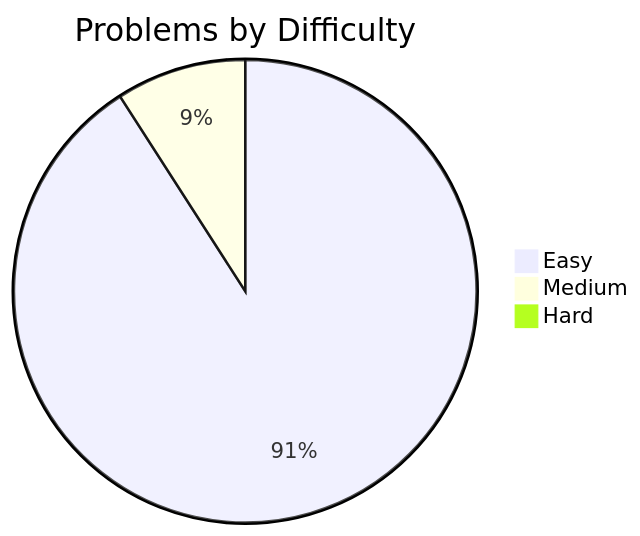
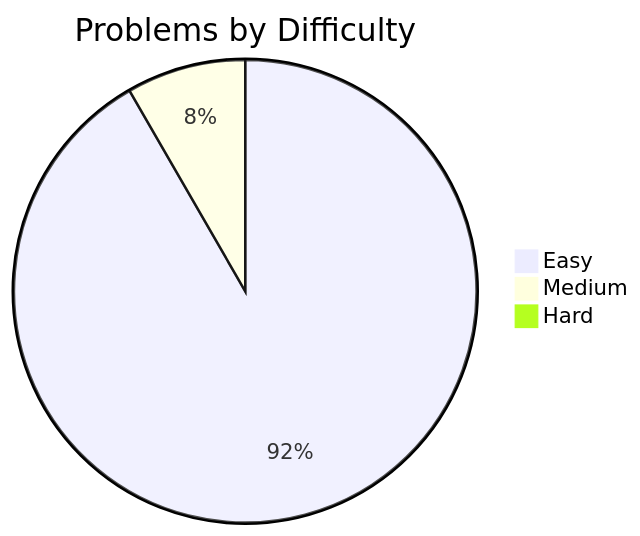
Before and after one commit to davelin18yufan/leetcode-journal: the diagram in README.md, drawn with Mermaid. The commit also changed other lines of this file and 1 other file, not shown here.

````diff
--- a/README.md
+++ b/README.md
@@ -9,7 +9,7 @@
 ```mermaid
 pie
     title Problems by Difficulty
-    "Easy" : 10
+    "Easy" : 11
     "Medium" : 1
     "Hard" : 0
 ```
````
